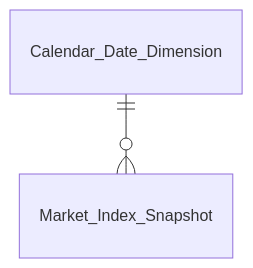
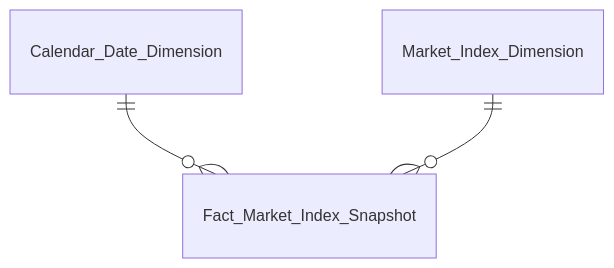
One commit to linhlvit/ubck_atomic_design changed the fifth of 7 diagrams in Datamart/hld/DTM_QLKD_Entities.md. Above: the diagram before and after it, drawn with Mermaid. The commit also changed other lines of this file and 5 other files, not shown here.

````diff
--- a/Datamart/hld/DTM_QLKD_Entities.md
+++ b/Datamart/hld/DTM_QLKD_Entities.md
@@ -87,4 +87,5 @@
 ```mermaid
 erDiagram
-    Calendar_Date_Dimension ||--o{ Market_Index_Snapshot : " "
+    Calendar_Date_Dimension ||--o{ Fact_Market_Index_Snapshot : " "
+    Market_Index_Dimension ||--o{ Fact_Market_Index_Snapshot : " "
 ```
````
